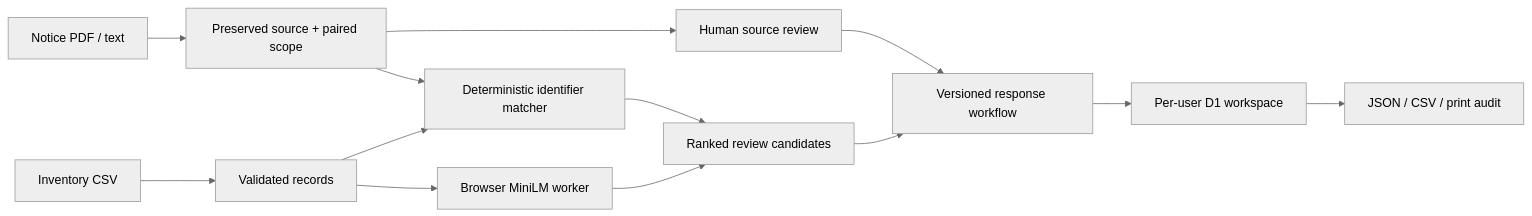
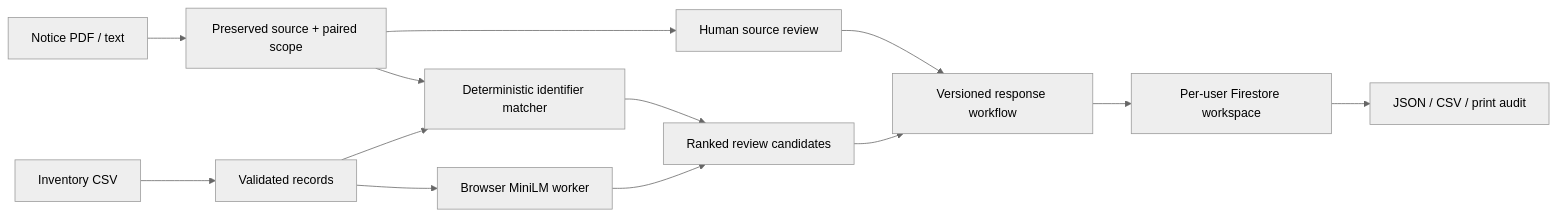
One commit to shi1720/DSH-Hacks-V2 changed the diagram in README.md. Above: the diagram before and after it, drawn with Mermaid (neutral theme). The commit also changed other lines of this file and 54 other files, not shown here.

````diff
--- a/README.md
+++ b/README.md
@@ -65,15 +70,15 @@
 ```mermaid
 flowchart LR
   N[Notice PDF / text] --> S[Preserved source + paired scope]
   C[Inventory CSV] --> V[Validated records]
   S --> H[Human source review]
   V --> M[Deterministic identifier matcher]
   S --> M
   V --> A[Browser MiniLM worker]
   A --> R[Ranked review candidates]
   M --> R
   H --> W[Versioned response workflow]
   R --> W
-  W --> D[Per-user D1 workspace]
+  W --> D[Per-user Firestore workspace]
   D --> E[JSON / CSV / print audit]
 ```
````
